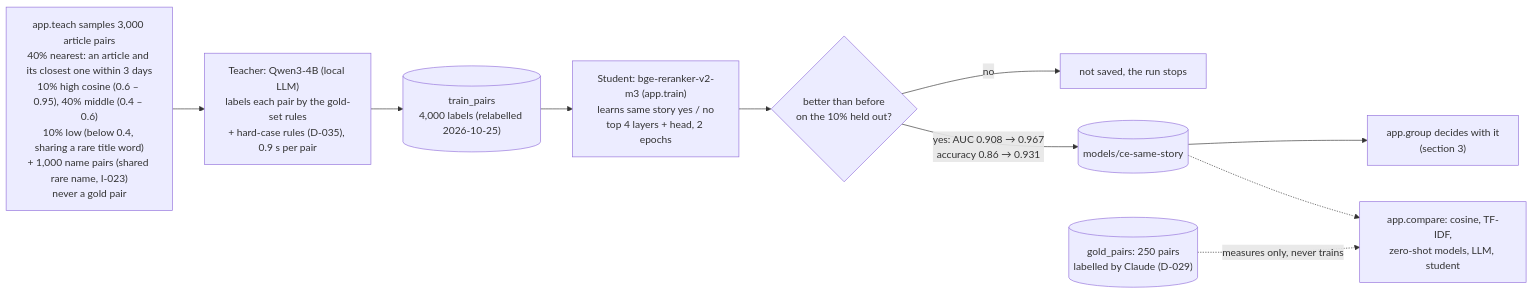
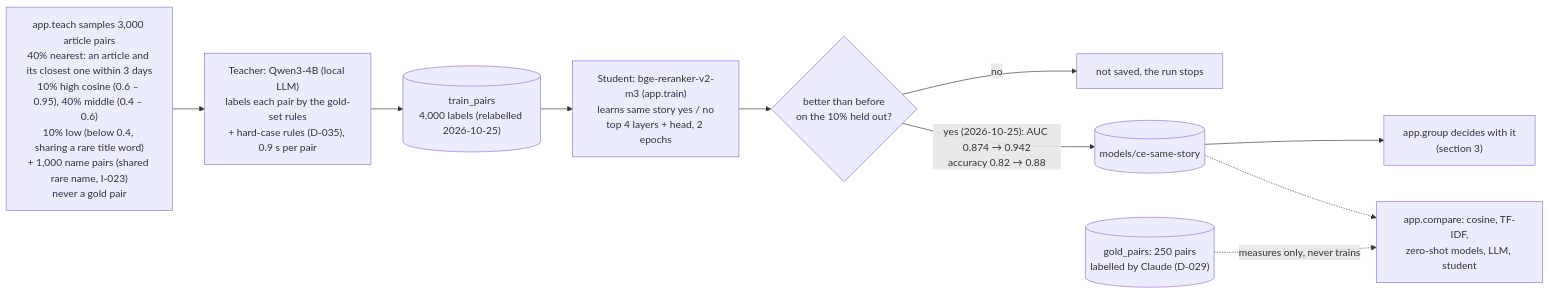
One commit to joybratasarkar/smriti changed the sixth of 11 diagrams in docs/WORKFLOW.md. Above: the diagram before and after it, drawn with Mermaid. The commit also changed other lines of this file and 4 other files, not shown here.

````diff
--- a/docs/WORKFLOW.md
+++ b/docs/WORKFLOW.md
@@ -162,12 +163,12 @@
 ```mermaid
 flowchart LR
     P["app.teach samples 3,000 article pairs<br/>40% nearest: an article and its closest one within 3 days<br/>10% high cosine (0.6 – 0.95), 40% middle (0.4 – 0.6)<br/>10% low (below 0.4, sharing a rare title word)<br/>+ 1,000 name pairs (shared rare name, I-023)<br/>never a gold pair"] --> T["Teacher: Qwen3-4B (local LLM)<br/>labels each pair by the gold-set rules<br/>+ hard-case rules (D-035), 0.9 s per pair"]
     T --> D[("train_pairs<br/>4,000 labels (relabelled 2026-10-25)")]
     D --> S["Student: bge-reranker-v2-m3 (app.train)<br/>learns same story yes / no<br/>top 4 layers + head, 2 epochs"]
     S --> C{"better than before<br/>on the 10% held out?"}
     C -- "no" --> STOP["not saved, the run stops"]
-    C -- "yes: AUC 0.908 → 0.967<br/>accuracy 0.86 → 0.931" --> M[("models/ce-same-story")]
+    C -- "yes (2026-10-25): AUC 0.874 → 0.942<br/>accuracy 0.82 → 0.88" --> M[("models/ce-same-story")]
     M --> G["app.group decides with it<br/>(section 3)"]
     GOLD[("gold_pairs: 250 pairs<br/>labelled by Claude (D-029)")] -. "measures only, never trains" .-> CMP["app.compare: cosine, TF-IDF,<br/>zero-shot models, LLM, student"]
     M -.-> CMP
 ```
````
